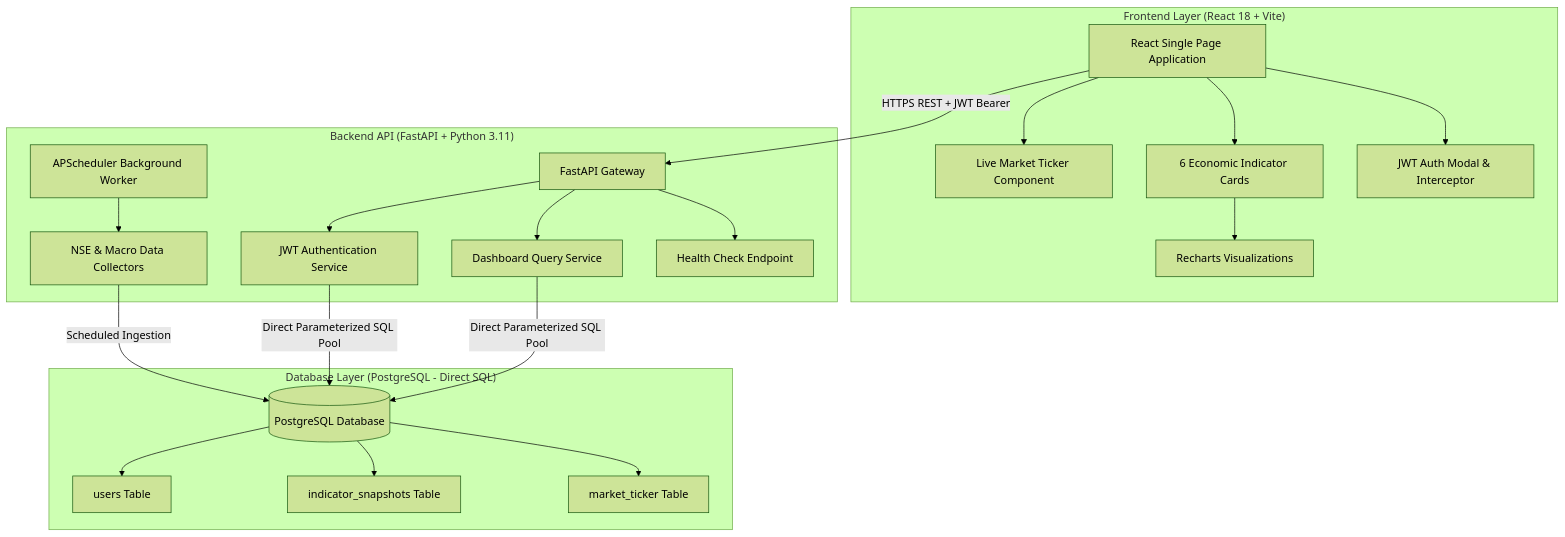
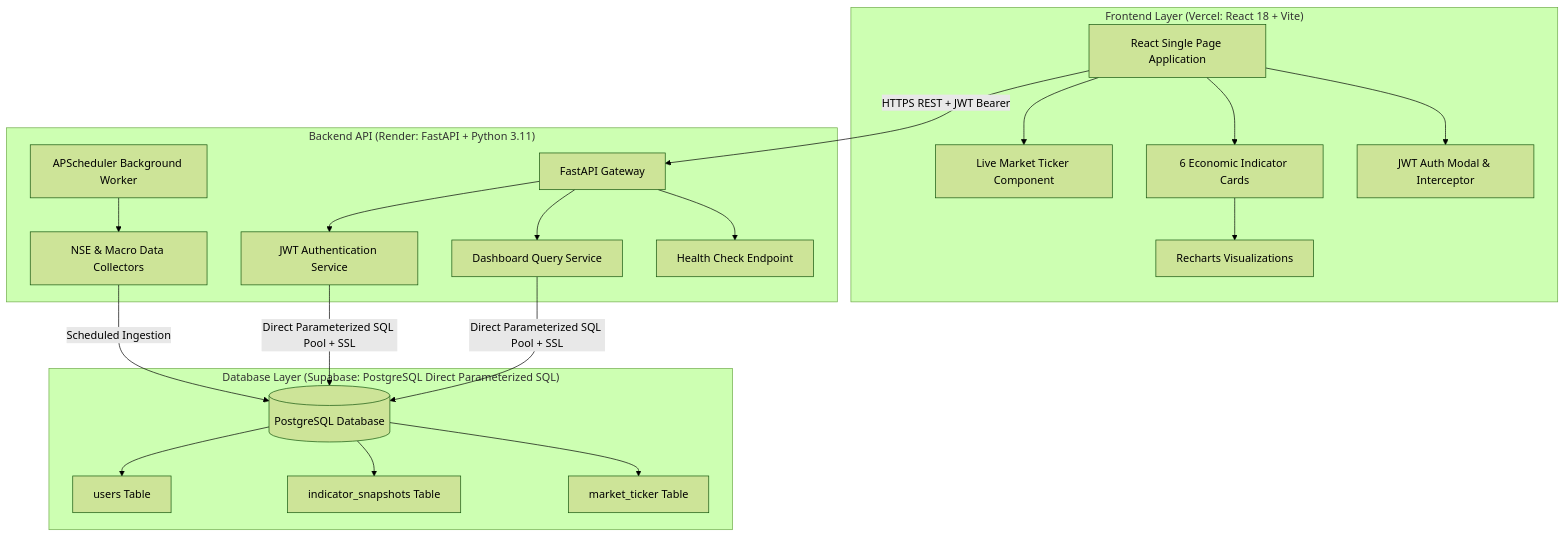
The diagram in README.md (Harshojha999/economic-indicators-dashboard), drawn with Mermaid (forest theme) before and after one commit. The commit also changed other lines of this file and 1 other file, not shown here.

Commit message:
docs: finalize production urls and link frontend to live render backend

````diff
--- a/README.md
+++ b/README.md
@@ -35,42 +35,42 @@
 ```mermaid
 graph TB
-    subgraph "Frontend Layer (React 18 + Vite)"
+    subgraph "Frontend Layer (Vercel: React 18 + Vite)"
         UI[React Single Page Application]
         TC[Live Market Ticker Component]
         IC[6 Economic Indicator Cards]
         RC[Recharts Visualizations]
         AM[JWT Auth Modal & Interceptor]
         UI --> TC
         UI --> IC
         IC --> RC
         UI --> AM
     end
 
-    subgraph "Backend API (FastAPI + Python 3.11)"
+    subgraph "Backend API (Render: FastAPI + Python 3.11)"
         API[FastAPI Gateway]
         AUTH[JWT Authentication Service]
         DASH[Dashboard Query Service]
         SCHED[APScheduler Background Worker]
         COLL[NSE & Macro Data Collectors]
         HEALTH[Health Check Endpoint]
         API --> AUTH
         API --> DASH
         API --> HEALTH
         SCHED --> COLL
     end
 
-    subgraph "Database Layer (PostgreSQL - Direct SQL)"
+    subgraph "Database Layer (Supabase: PostgreSQL Direct Parameterized SQL)"
         DB[(PostgreSQL Database)]
         TBL_U[users Table]
         TBL_I[indicator_snapshots Table]
         TBL_M[market_ticker Table]
         DB --> TBL_U
         DB --> TBL_I
         DB --> TBL_M
     end
 
     UI -->|HTTPS REST + JWT Bearer| API
-    DASH -->|Direct Parameterized SQL Pool| DB
-    AUTH -->|Direct Parameterized SQL Pool| DB
+    DASH -->|Direct Parameterized SQL Pool + SSL| DB
+    AUTH -->|Direct Parameterized SQL Pool + SSL| DB
     COLL -->|Scheduled Ingestion| DB
 ```
````
